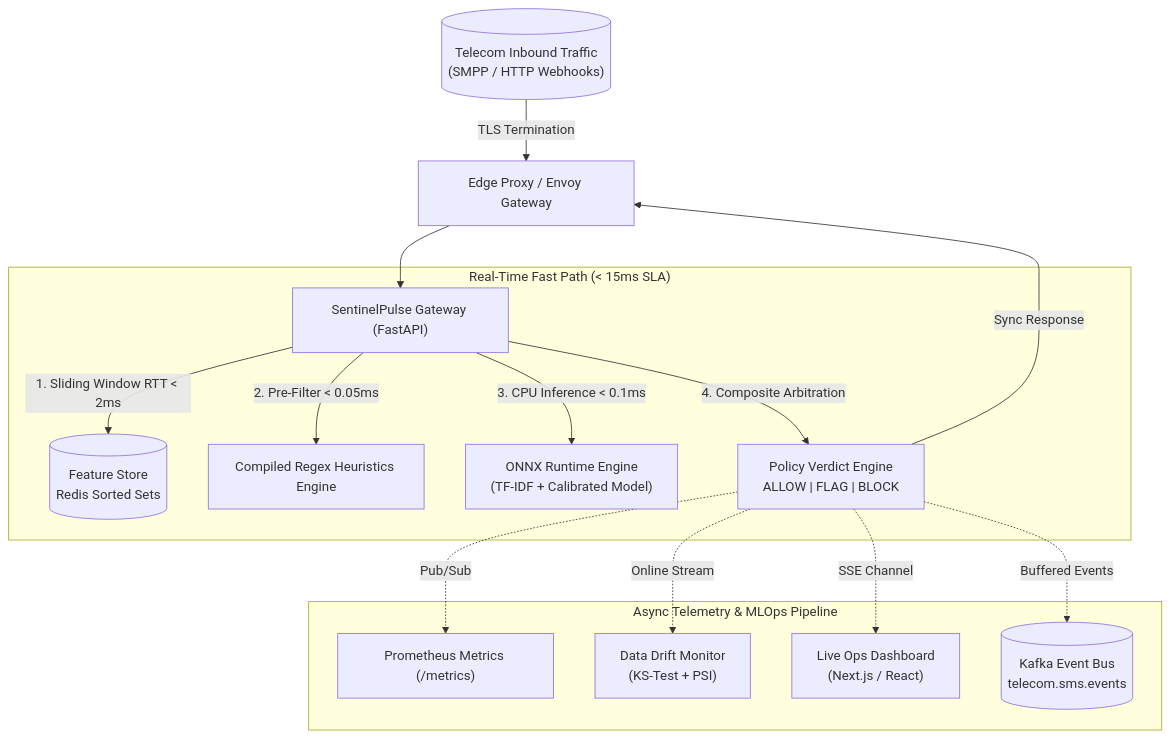
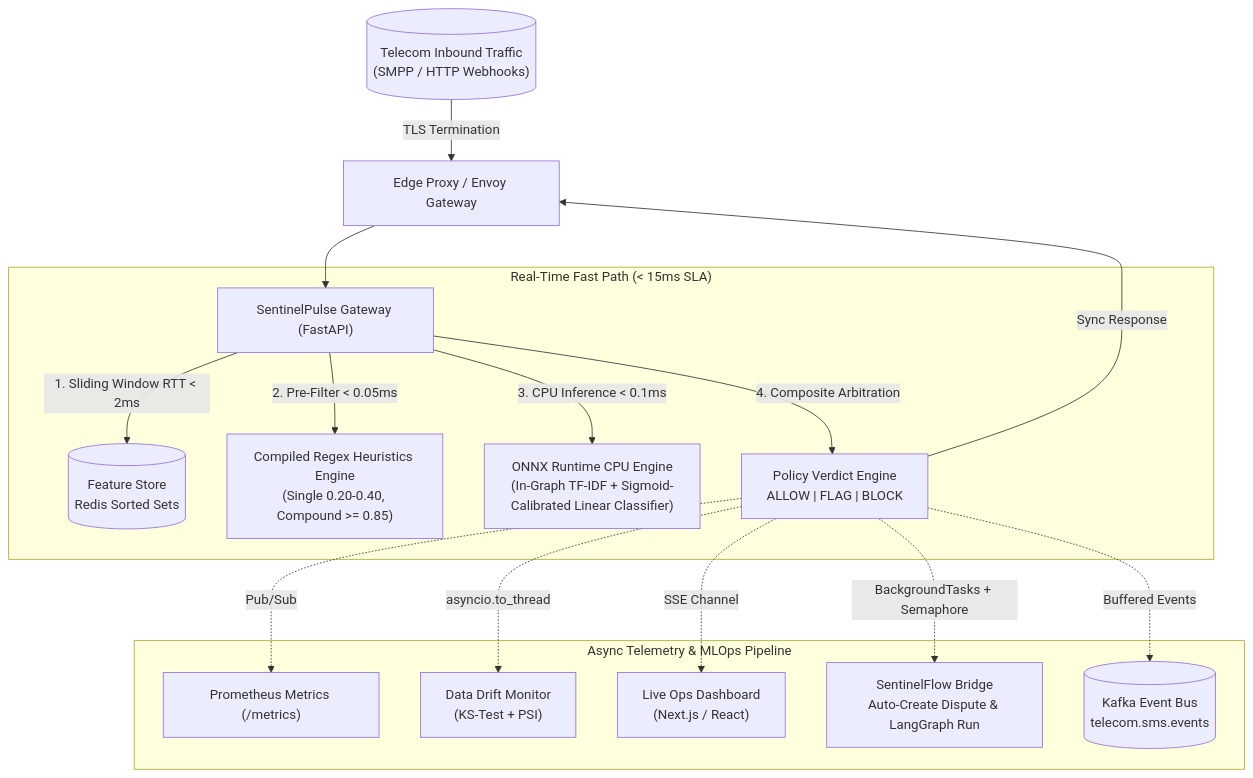
The first of 2 diagrams in SYSTEM_DESIGN.md (thiago-terceiro/sentinelflow), drawn with Mermaid before and after one commit. The commit also changed other lines of this file and 38 other files, not shown here.

````diff
--- a/SYSTEM_DESIGN.md
+++ b/SYSTEM_DESIGN.md
@@ -13,21 +13,22 @@
 ```mermaid
 flowchart TD
     Client[("Telecom Inbound Traffic<br/>(SMPP / HTTP Webhooks)")] -->|TLS Termination| Edge["Edge Proxy / Envoy Gateway"]
     Edge --> Gateway["SentinelPulse Gateway (FastAPI)"]
     
     subgraph "Real-Time Fast Path (< 15ms SLA)"
         Gateway -->|1. Sliding Window RTT < 2ms| Redis[("Feature Store<br/>Redis Sorted Sets")]
-        Gateway -->|2. Pre-Filter < 0.05ms| Regex["Compiled Regex Heuristics Engine"]
-        Gateway -->|3. CPU Inference < 0.1ms| ONNX["ONNX Runtime Engine<br/>(TF-IDF + Calibrated Model)"]
+        Gateway -->|2. Pre-Filter < 0.05ms| Regex["Compiled Regex Heuristics Engine<br/>(Single 0.20-0.40, Compound >= 0.85)"]
+        Gateway -->|3. CPU Inference < 0.1ms| ONNX["ONNX Runtime CPU Engine<br/>(In-Graph TF-IDF + Sigmoid-Calibrated Linear Classifier)"]
         Gateway -->|4. Composite Arbitration| Decider["Policy Verdict Engine<br/>ALLOW | FLAG | BLOCK"]
     end
     
     Decider -->|Sync Response| Edge
     
     subgraph "Async Telemetry & MLOps Pipeline"
         Decider -.->|Pub/Sub| Prometheus["Prometheus Metrics (/metrics)"]
-        Decider -.->|Online Stream| Drift["Data Drift Monitor<br/>(KS-Test + PSI)"]
+        Decider -.->|asyncio.to_thread| Drift["Data Drift Monitor<br/>(KS-Test + PSI)"]
         Decider -.->|SSE Channel| Dashboard["Live Ops Dashboard<br/>(Next.js / React)"]
+        Decider -.->|BackgroundTasks + Semaphore| Escalation["SentinelFlow Bridge<br/>Auto-Create Dispute & LangGraph Run"]
         Decider -.->|Buffered Events| Kafka[("Kafka Event Bus<br/>telecom.sms.events")]
     end
 ```
````
